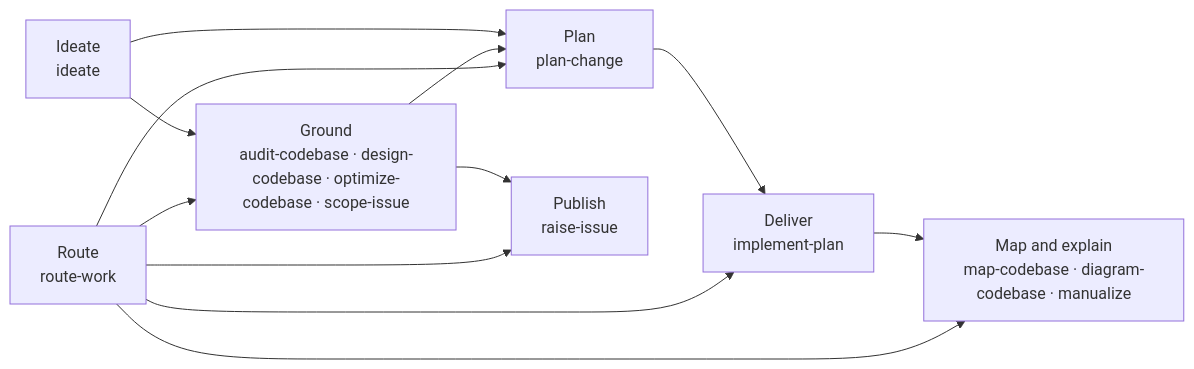
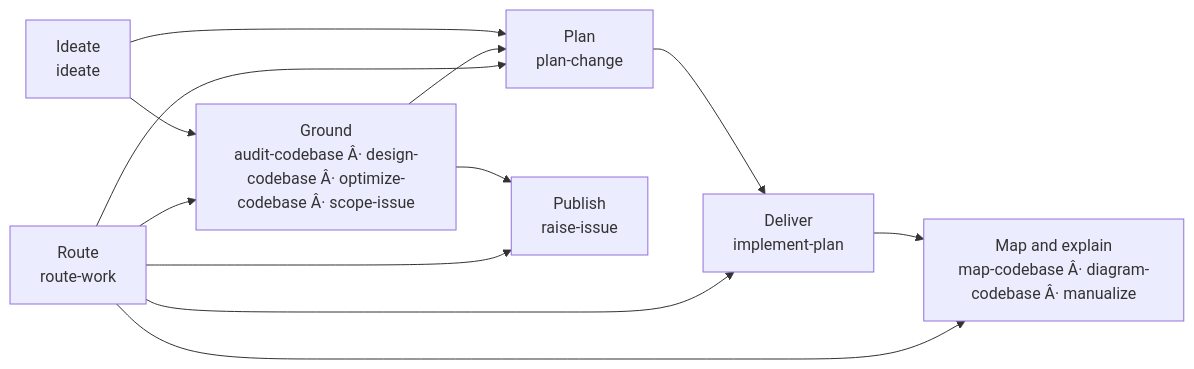
Before and after one commit to akshay-diwadkar/skills: the diagram in README.md, drawn with Mermaid. The commit also changed other lines of this file and 42 other files, not shown here.

````diff
--- a/README.md
+++ b/README.md
@@ -62,20 +62,20 @@
 ```mermaid
 flowchart LR
     R["Route<br/>route-work"]
-    A["Ground<br/>audit-codebase · design-codebase · optimize-codebase · scope-issue"]
+    A["Ground<br/>audit-codebase Â· design-codebase Â· optimize-codebase Â· scope-issue"]
     B["Plan<br/>plan-change"]
     C["Deliver<br/>implement-plan"]
-    D["Map and explain<br/>map-codebase · diagram-codebase · manualize"]
+    D["Map and explain<br/>map-codebase Â· diagram-codebase Â· manualize"]
     P["Publish<br/>raise-issue"]
     I["Ideate<br/>ideate"]
 
     R --> A
     R --> B
     R --> C
     R --> D
     R --> P
     A --> B --> C --> D
     A --> P
     I --> A
     I --> B
 ```
````
